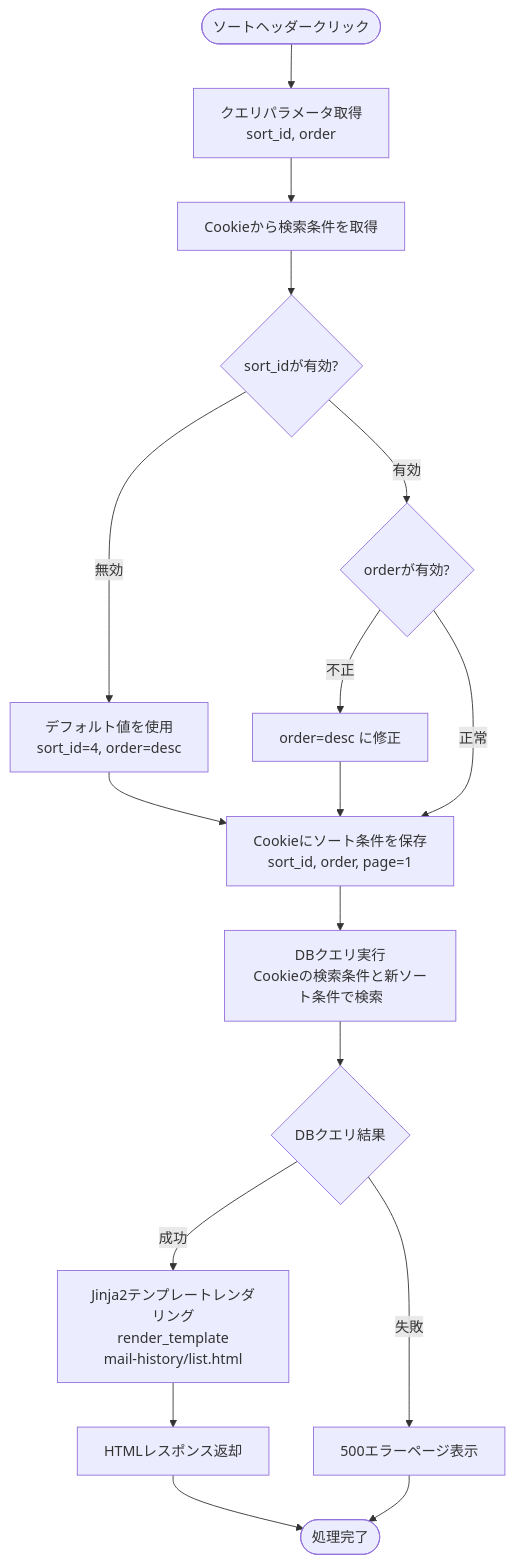
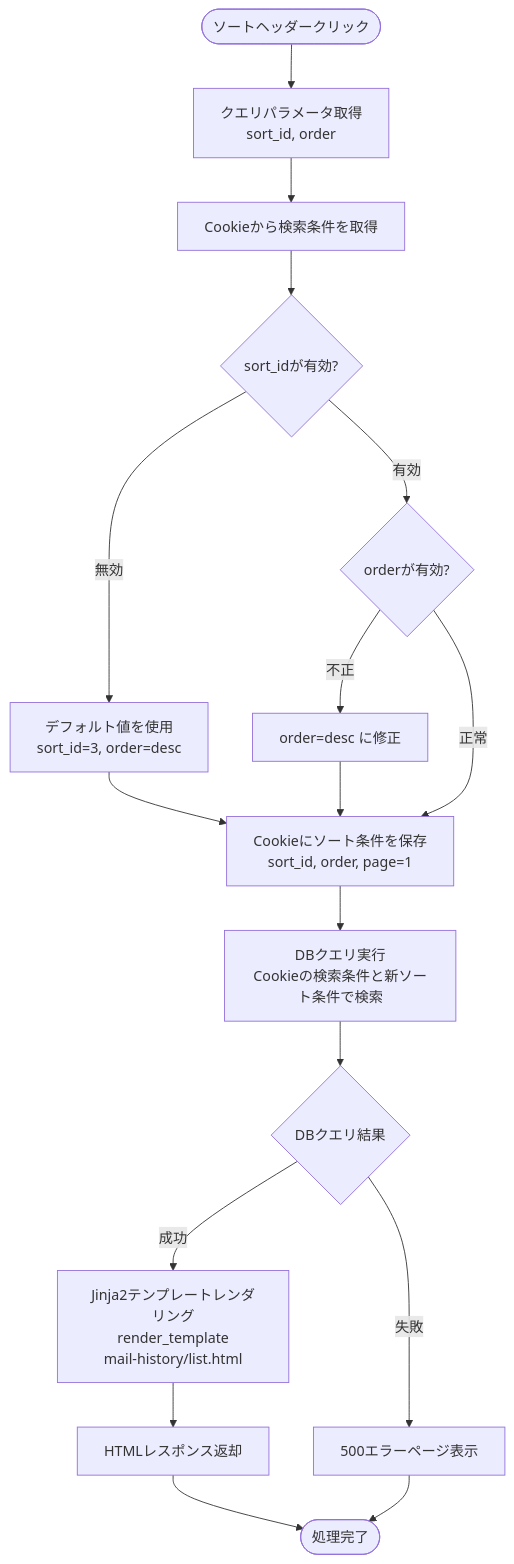
Before and after one commit to NSW-SVCP-AIWG002/Databricks-IoT: the third of 5 diagrams in docs/03-features/flask-app/mail-history/workflow-specification.md, drawn with Mermaid. The commit also changed other lines of this file and 2 other files, not shown here.

````diff
--- a/docs/03-features/flask-app/mail-history/workflow-specification.md
+++ b/docs/03-features/flask-app/mail-history/workflow-specification.md
@@ -694,19 +692,19 @@
 ```mermaid
 flowchart TD
     Start([ソートヘッダークリック]) --> GetParams[クエリパラメータ取得<br>sort_id, order]
     GetParams --> GetCookie[Cookieから検索条件を取得]
     GetCookie --> ValidSort{sort_idが有効?}
-    ValidSort -->|無効| DefaultSort[デフォルト値を使用<br>sort_id=4, order=desc]
+    ValidSort -->|無効| DefaultSort[デフォルト値を使用<br>sort_id=3, order=desc]
     ValidSort -->|有効| ValidOrder{orderが有効?}
     ValidOrder -->|不正| FixOrder[order=desc に修正]
     ValidOrder -->|正常| UpdateCookie[Cookieにソート条件を保存<br>sort_id, order, page=1]
     DefaultSort --> UpdateCookie
     FixOrder --> UpdateCookie
     UpdateCookie --> Query[DBクエリ実行<br>Cookieの検索条件と新ソート条件で検索]
     Query --> CheckDB{DBクエリ結果}
     CheckDB -->|成功| Template[Jinja2テンプレートレンダリング<br>render_template<br>mail-history/list.html]
     Template --> Response[HTMLレスポンス返却]
     CheckDB -->|失敗| Error500[500エラーページ表示]
     Response --> End([処理完了])
     Error500 --> End
 ```
````
